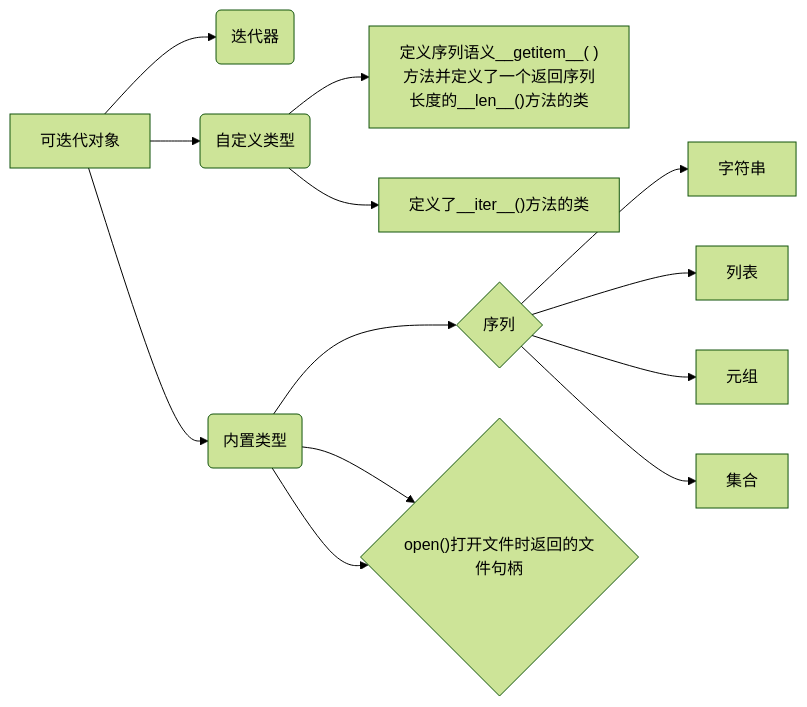
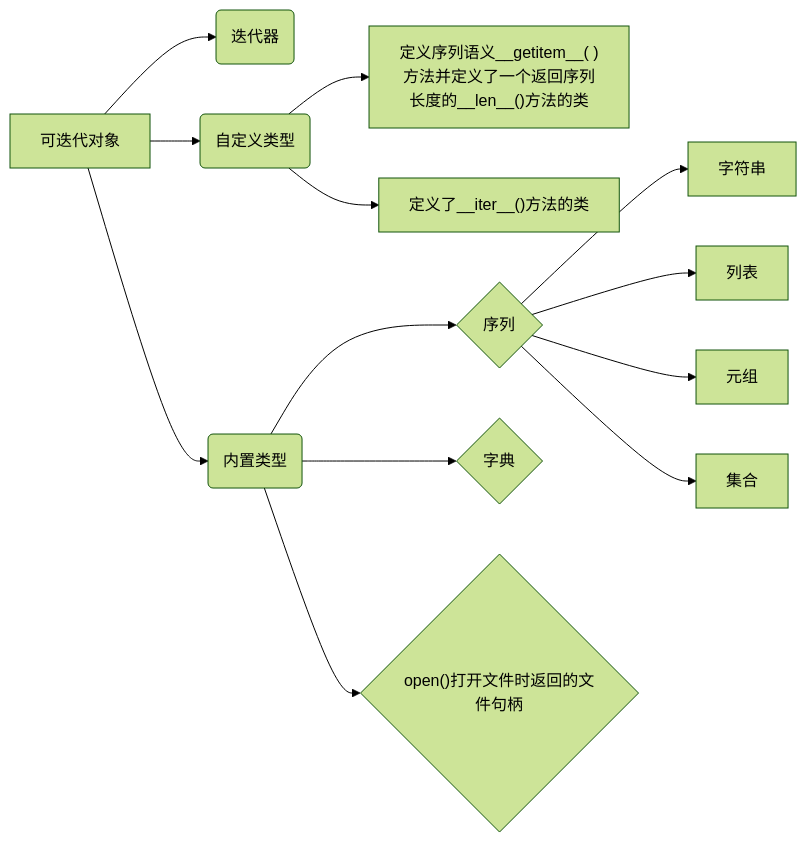
The first of 2 diagrams in python/grammar/迭代器和生成器.md (guogarin/notes), drawn with Mermaid (forest theme) before and after one commit. The commit also changed 1 other file, not shown here.

````diff
--- a/python/grammar/迭代器和生成器.md
+++ b/python/grammar/迭代器和生成器.md
@@ -15,19 +15,19 @@
 ```mermaid
 graph LR
 A[可迭代对象] 
     A --> D(迭代器)
     A --> E(内置类型)
     A --> L(自定义类型)
 
     L --> N["定义序列语义__getitem__( )方法并定义了一个返回序列长度的__len__()方法的类"]
     L --> M["定义了__iter__()方法的类"]
 
     E --> F{序列}
     E --> K{字典}
-    E --> K{"open()打开文件时返回的文件句柄"}    
+    E --> O{"open()打开文件时返回的文件句柄"}    
 
     F --> G[字符串]
     F --> H[列表]
     F --> I[元组]
     F --> J[集合]            
 ```
````
